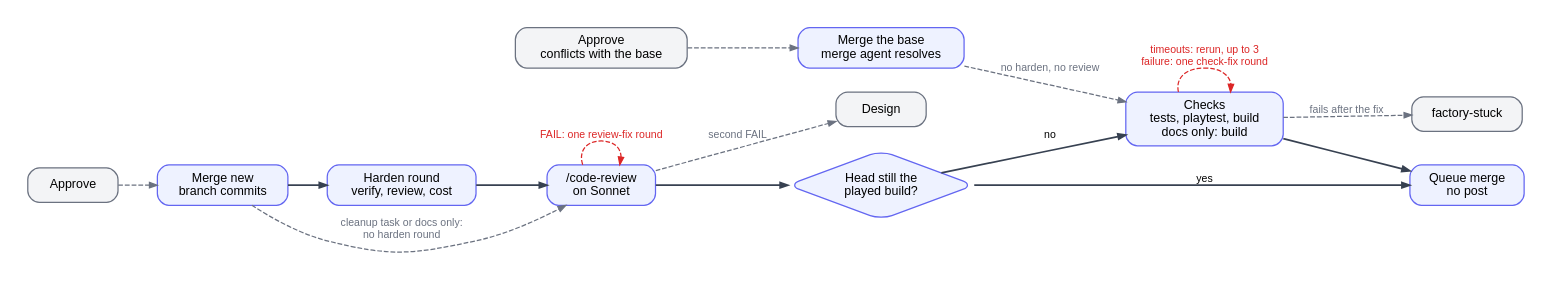
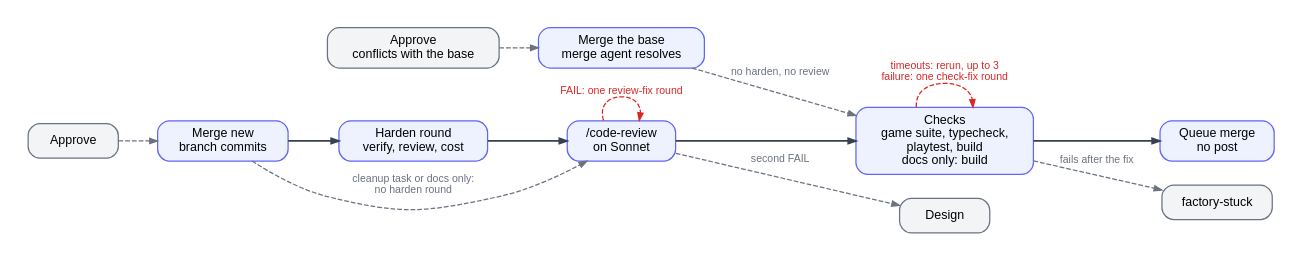
The diagram in factory/docs/diagrams/hardening.dot (btseytlin/road-machiners), drawn with Graphviz before and after one commit. The commit also changed 11 other files, not shown here.

First line of the commit message:
Checks run the game suite only before a merge

```diff
--- a/factory/docs/diagrams/hardening.dot
+++ b/factory/docs/diagrams/hardening.dot
@@ -1,28 +1,24 @@
-// Hardening column. An approved card is reviewed, and checked again only when hardening changed the code. Red: loops back. Grey: leaves Hardening or enters from outside.
+// Hardening column. An approved card is reviewed, then checked with the game suite before its merge. Red: loops back. Grey: leaves Hardening or enters from outside.
 digraph hardening {
   rankdir=LR; nodesep=0.35; ranksep=0.55; bgcolor=white; pad=0.3;
   node [shape=box, style="rounded,filled", fillcolor="#eef2ff", color="#6366f1", fontname="Helvetica", fontsize=13, margin="0.2,0.1", penwidth=1.3, width=1.3];
   edge [color="#374151", penwidth=1.8, arrowsize=0.8, fontname="Helvetica", fontsize=11];
   HM [label="Merge new\nbranch commits"]; HH [label="Harden round\nverify, review, cost"]; HR [label="/code-review\non Sonnet"];
-  HS [label="Head still the\nplayed build?", shape=diamond, margin="0.05,0.05"];
-  HC [label="Checks\ntests, playtest, build\ndocs only: build"]; HQ [label="Queue merge\nno post"];
-  HM -> HH -> HR -> HS [weight=100];
-  HS -> HQ [label="yes", weight=100];
-  HS -> HC [label="no"];
-  HC -> HQ;
+  HC [label="Checks\ngame suite, typecheck,\nplaytest, build\ndocs only: build"]; HQ [label="Queue merge\nno post"];
+  HM -> HH -> HR -> HC -> HQ [weight=100];
   XA [label="Approve", fillcolor="#f3f4f6", color="#6b7280"];
   XC [label="Approve\nconflicts with the base", fillcolor="#f3f4f6", color="#6b7280"];
   HX [label="Merge the base\nmerge agent resolves"];
   XD [label="Design", fillcolor="#f3f4f6", color="#6b7280"];
   XS [label="factory-stuck", fillcolor="#f3f4f6", color="#6b7280"];
   edge [color="#dc2626", fontcolor="#dc2626", style=dashed, penwidth=1.3];
   HC -> HC [label="timeouts: rerun, up to 3\nfailure: one check-fix round"];
   HR -> HR [label="FAIL: one review-fix round"];
   edge [color="#6b7280", fontcolor="#6b7280"];
   XA -> HM;
   HM -> HR [label="cleanup task or docs only:\nno harden round"];
   XC -> HX;
   HX -> HC [label="no harden, no review"];
   HR -> XD [label="second FAIL"];
   HC -> XS [label="fails after the fix"];
 }
```
